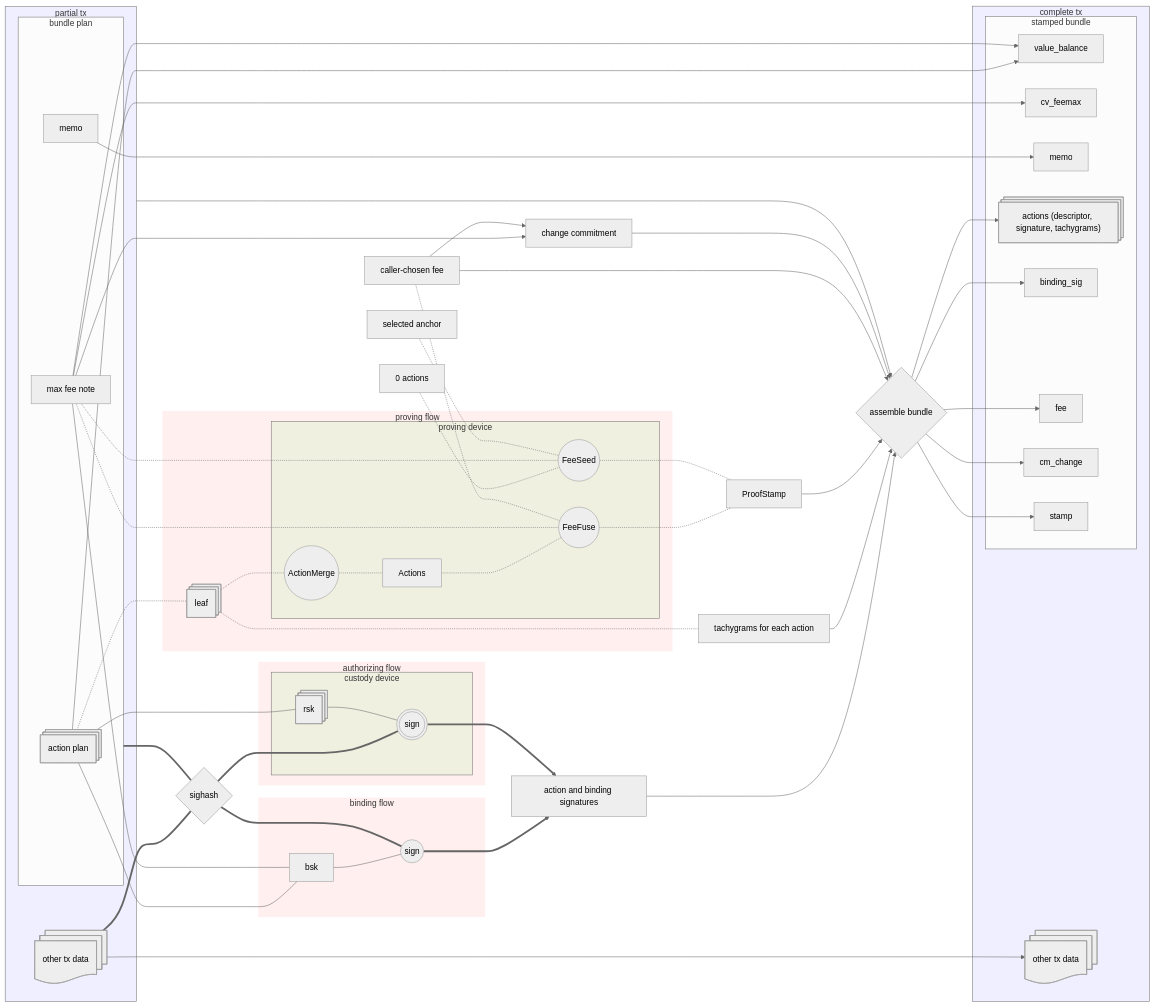
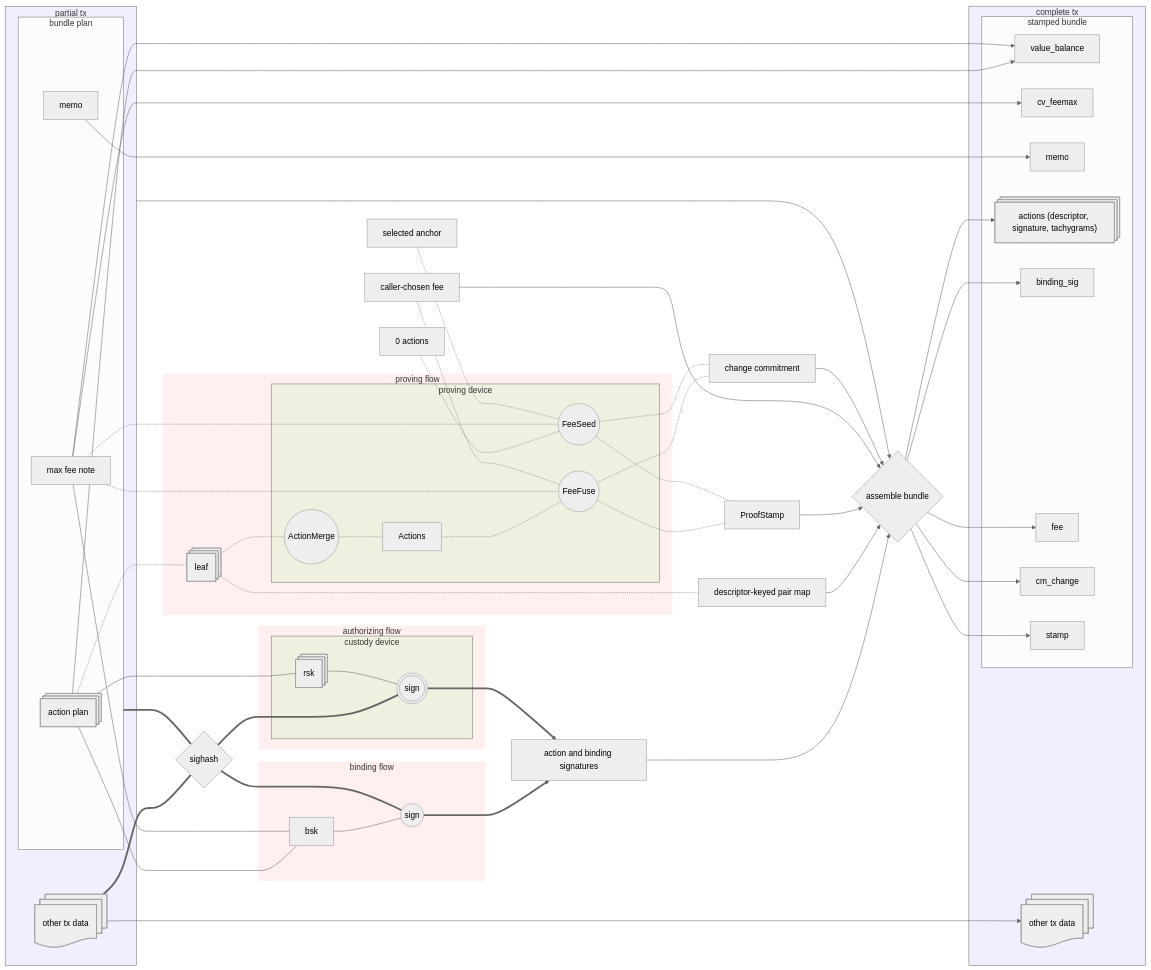
One commit to tachyon-zcash/tachyon changed the second of 3 diagrams in book/src/authorization.md. Above: the diagram before and after it, drawn with Mermaid (neutral theme). The commit also changed other lines of this file and 17 other files, not shown here.

```diff
--- a/book/src/authorization.md
+++ b/book/src/authorization.md
@@ -242,10 +242,9 @@
         end
     end
     action_plan -.- leaf -.- merge -.- actions -.- fee_fuse -.- proved_stamp["ProofStamp"]
-    leaf -.- pairs["tachygrams for each action"]
+    leaf -.- pairs["descriptor-keyed pair map"]
     zero_actions["0 actions"] -.- fee_seed -.- proved_stamp
-    max_fee_note -.- fee_fuse & fee_seed
-    max_fee_note & chosen_fee --> change["change commitment"]
+    max_fee_note -.- fee_fuse & fee_seed -.- proved_change["change commitment"]
     chosen_fee["caller-chosen fee"] -.- fee_fuse
     selected_anchor["selected anchor"] -.- fee_seed
 
@@ -271,7 +270,7 @@
     signatures["action and binding signatures"] --> join{"assemble bundle"}
     pczt --> join
     pairs --> join
-    proved_stamp & chosen_fee & change --> join
+    proved_stamp & chosen_fee & proved_change --> join
     join --> action & binding_sig & stamp & fee & cm_change
 
     other1 --> other2
```
